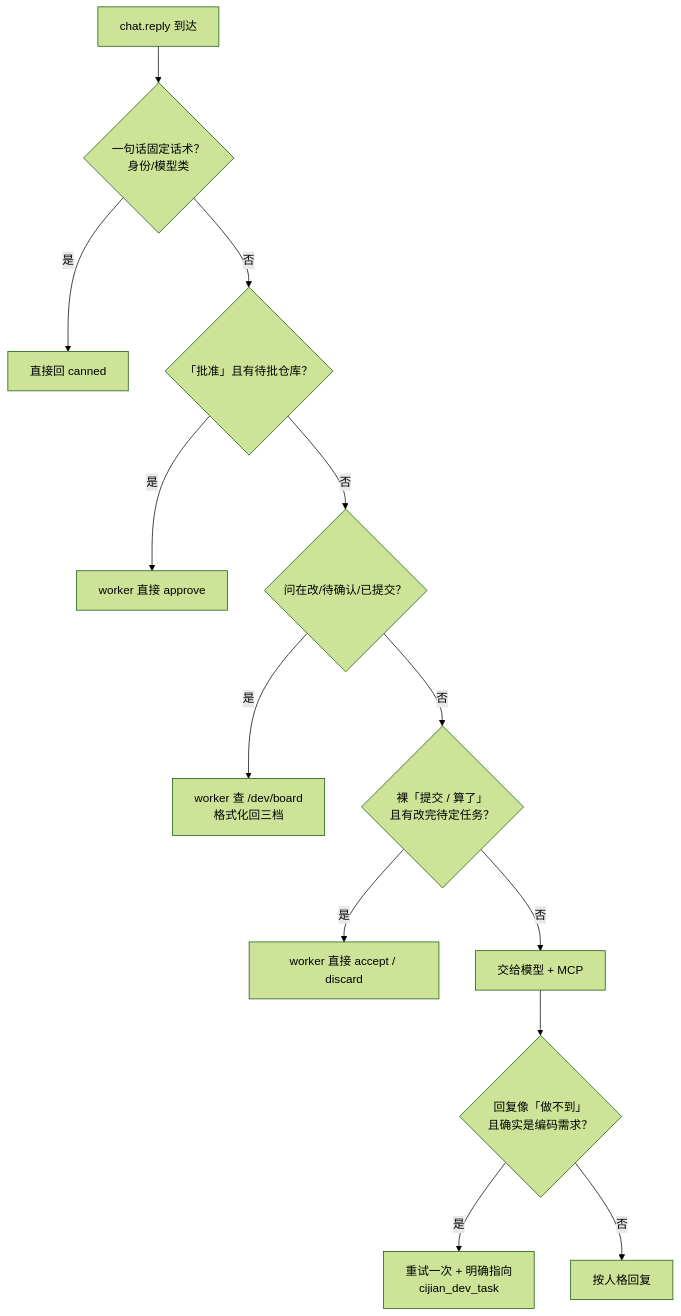
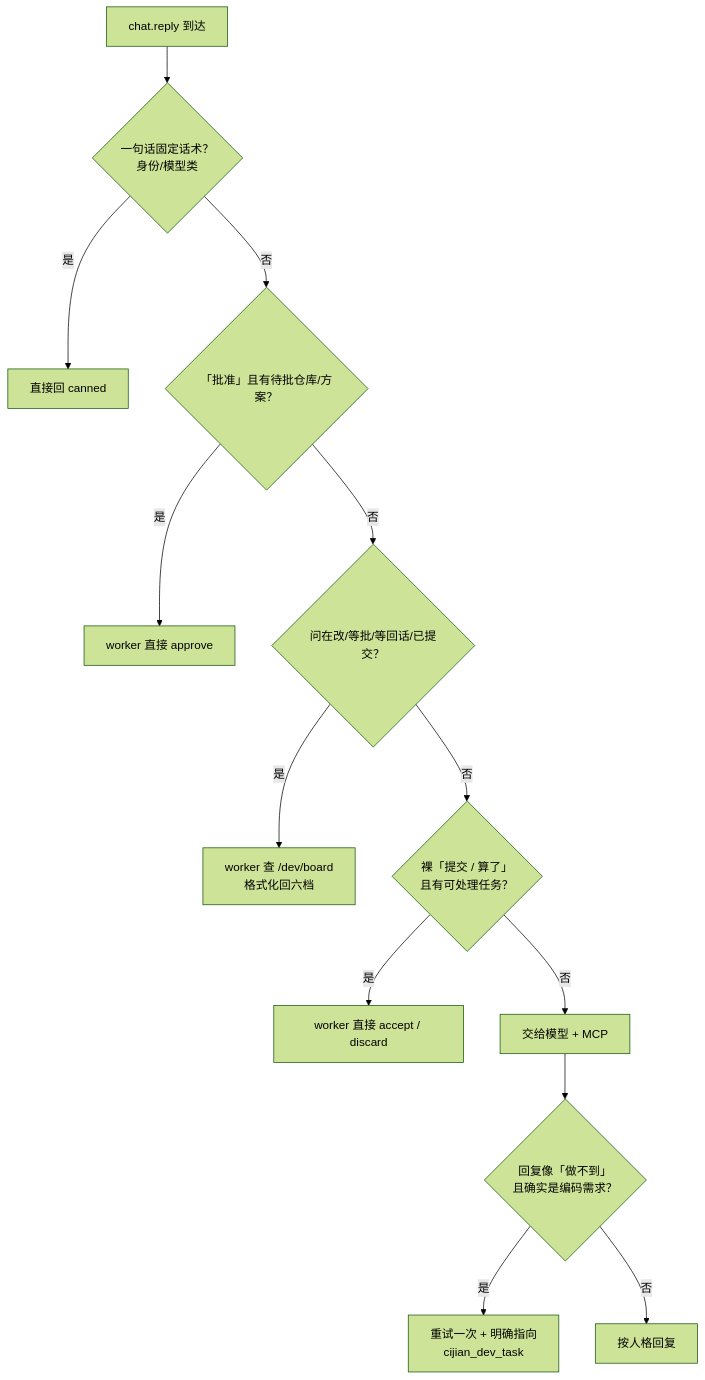
One commit to xuxun22/cijian changed the third of 9 diagrams in docs/15-assistant-architecture.md. Above: the diagram before and after it, drawn with Mermaid (forest theme). The commit also changed other lines of this file and 6 other files, not shown here.

````diff
--- a/docs/15-assistant-architecture.md
+++ b/docs/15-assistant-architecture.md
@@ -198,15 +198,15 @@
 ```mermaid
 flowchart TD
     A["chat.reply 到达"] --> B{"一句话固定话术？<br/>身份/模型类"}
     B -->|是| Z1["直接回 canned"]
-    B -->|否| C{"「批准」且有待批仓库？"}
+    B -->|否| C{"「批准」且有待批仓库/方案？"}
     C -->|是| Z2["worker 直接 approve"]
-    C -->|否| D{"问在改/待确认/已提交？"}
-    D -->|是| Z3["worker 查 /dev/board<br/>格式化回三档"]
-    D -->|否| E{"裸「提交 / 算了」<br/>且有改完待定任务？"}
+    C -->|否| D{"问在改/等批/等回话/已提交？"}
+    D -->|是| Z3["worker 查 /dev/board<br/>格式化回六档"]
+    D -->|否| E{"裸「提交 / 算了」<br/>且有可处理任务？"}
     E -->|是| Z4["worker 直接 accept / discard"]
     E -->|否| F["交给模型 + MCP"]
     F --> G{"回复像「做不到」<br/>且确实是编码需求？"}
     G -->|是| H["重试一次 + 明确指向<br/>cijian_dev_task"]
     G -->|否| Z5["按人格回复"]
 ```
````
